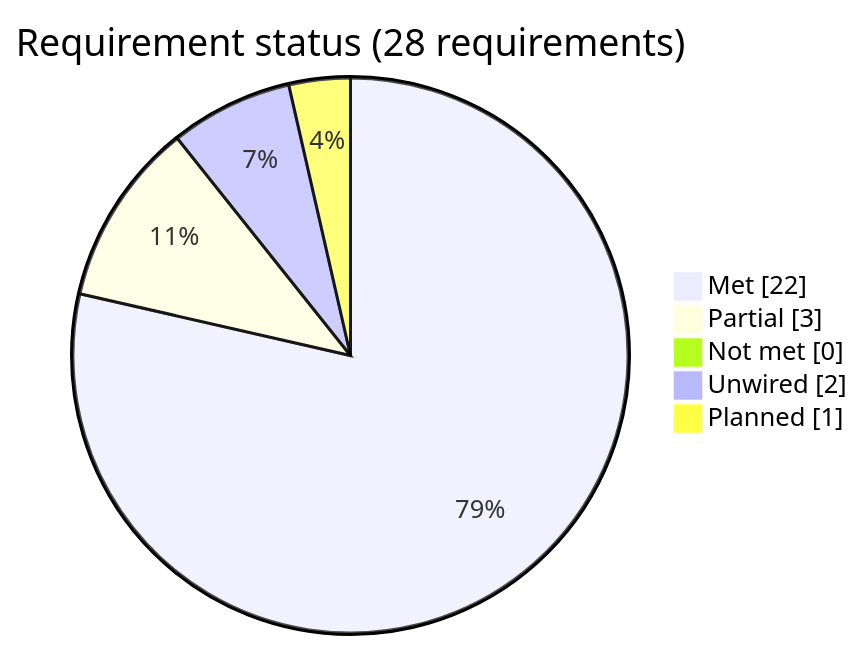
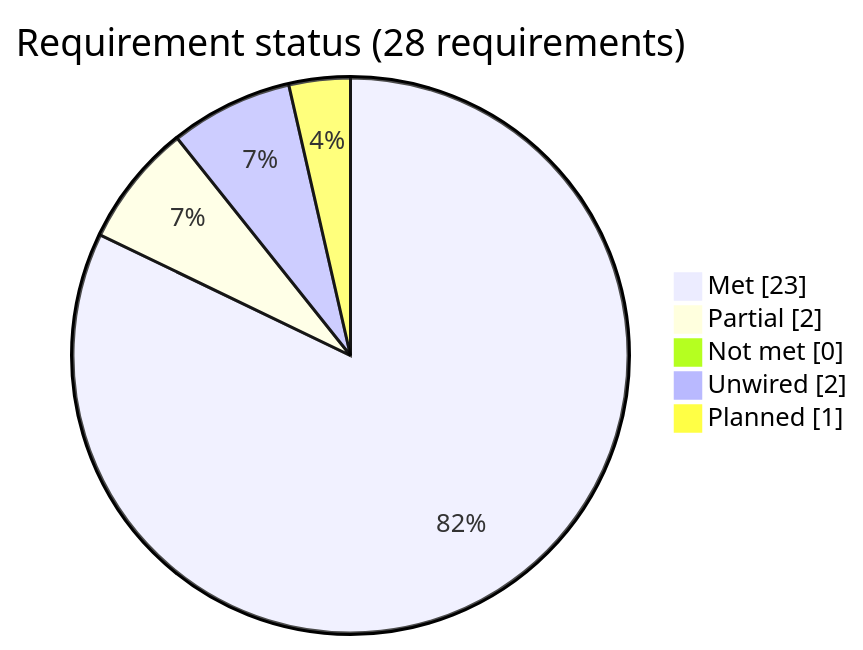
One commit to winfrees/drive-fusion changed the second of 3 diagrams in docs/REVIEW.md. Above: the diagram before and after it, drawn with Mermaid. The commit also changed other lines of this file and 7 other files, not shown here.

````diff
--- a/docs/REVIEW.md
+++ b/docs/REVIEW.md
@@ -164,9 +164,9 @@
 ```mermaid
 pie showData
     title Requirement status (28 requirements)
-    "Met" : 22
-    "Partial" : 3
+    "Met" : 23
+    "Partial" : 2
     "Not met" : 0
     "Unwired" : 2
     "Planned" : 1
 ```
````
